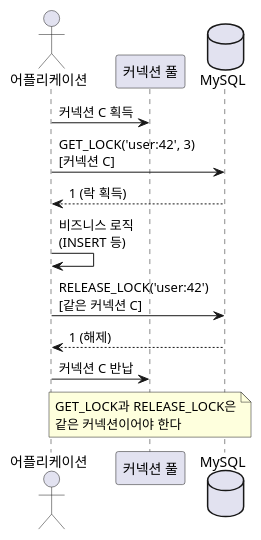
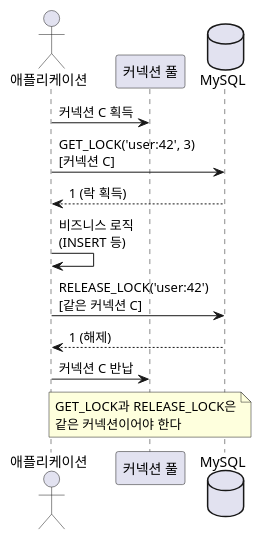
One commit to johnycho/johny-dev changed the diagram in blog/2026-10-20-mysql-get-lock-distributed-lock.mdx. Above: the diagram before and after it, drawn with PlantUML. The commit also changed other lines of this file and 49 other files, not shown here.

````diff
--- a/blog/2026-10-20-mysql-get-lock-distributed-lock.mdx
+++ b/blog/2026-10-20-mysql-get-lock-distributed-lock.mdx
@@ -55,20 +55,20 @@
 ```plantuml
 @startuml
 skinparam defaultFontName sans-serif
 skinparam shadowing false
 skinparam maxMessageSize 170
 
-actor 어플리케이션 as app
+actor 애플리케이션 as app
 participant "커넥션 풀" as pool
 database MySQL as db
 
 app -> pool : 커넥션 C 획득
 app -> db : GET_LOCK('user:42', 3)\n[커넥션 C]
 db --> app : 1 (락 획득)
 app -> app : 비즈니스 로직\n(INSERT 등)
 app -> db : RELEASE_LOCK('user:42')\n[같은 커넥션 C]
 db --> app : 1 (해제)
 app -> pool : 커넥션 C 반납
 note over pool : GET_LOCK과 RELEASE_LOCK은\n같은 커넥션이어야 한다
 @enduml
 ```
````
